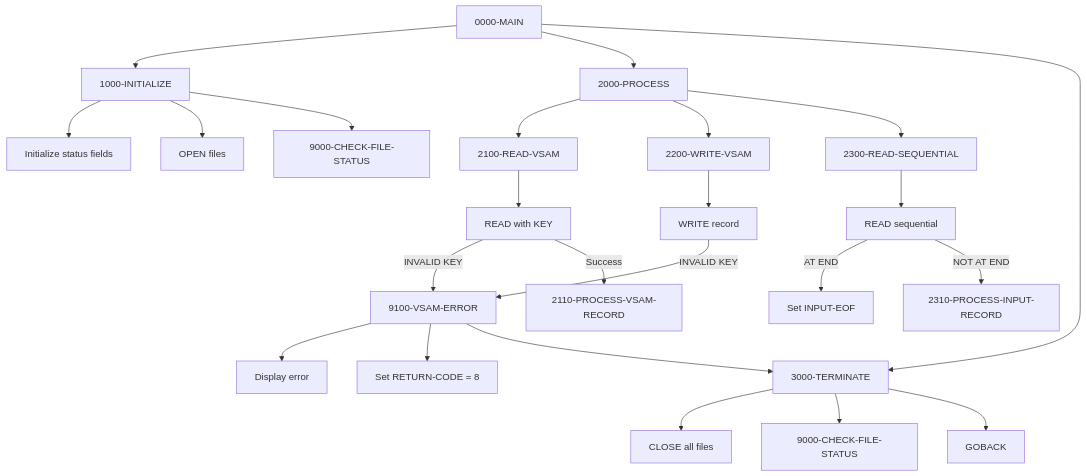
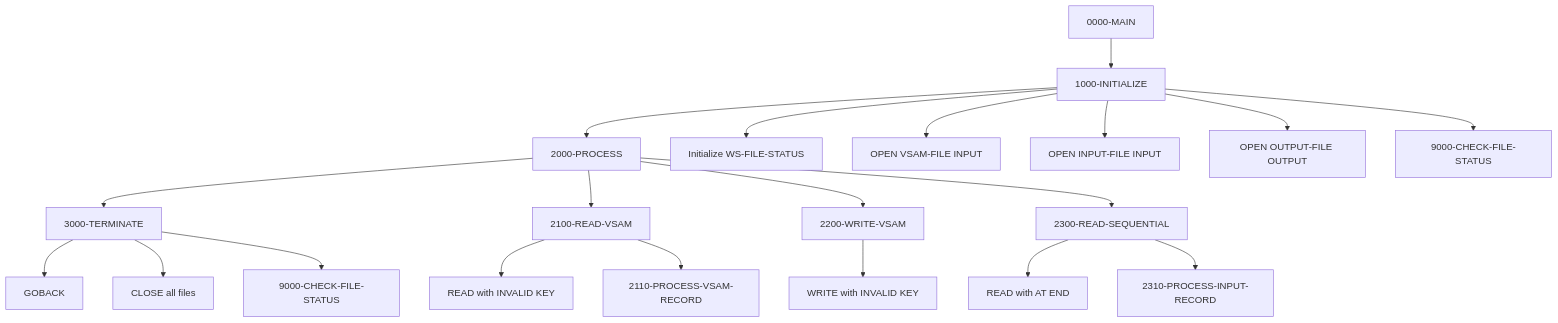
One commit to haladir-com/legacy-benchmark-docs-vb70e1 changed the first of 4 diagrams in docs/programs/FILE-HANDLING.mdx. Above: the diagram before and after it, drawn with Mermaid. The commit also changed other lines of this file and 64 other files, not shown here.

````diff
--- a/docs/programs/FILE-HANDLING.mdx
+++ b/docs/programs/FILE-HANDLING.mdx
@@ -20,32 +16,28 @@
 ```mermaid
 graph TD
     A[0000-MAIN] --> B[1000-INITIALIZE]
-    B --> B1[Initialize status fields]
-    B --> B2[OPEN files]
-    B --> B3[9000-CHECK-FILE-STATUS]
+    B --> C[2000-PROCESS]
+    C --> D[3000-TERMINATE]
+    D --> E[GOBACK]
     
-    A --> C[2000-PROCESS]
-    C --> D[2100-READ-VSAM]
-    C --> E[2200-WRITE-VSAM]
-    C --> F[2300-READ-SEQUENTIAL]
+    B --> B1[Initialize WS-FILE-STATUS]
+    B --> B2[OPEN VSAM-FILE INPUT]
+    B --> B3[OPEN INPUT-FILE INPUT]
+    B --> B4[OPEN OUTPUT-FILE OUTPUT]
+    B --> B5[9000-CHECK-FILE-STATUS]
     
-    D --> D1[READ with KEY]
-    D1 -->|INVALID KEY| G[9100-VSAM-ERROR]
-    D1 -->|Success| D2[2110-PROCESS-VSAM-RECORD]
+    C --> C1[2100-READ-VSAM]
+    C --> C2[2200-WRITE-VSAM]
+    C --> C3[2300-READ-SEQUENTIAL]
     
-    E --> E1[WRITE record]
-    E1 -->|INVALID KEY| G
+    C1 --> C1A[READ with INVALID KEY]
+    C1 --> C1B[2110-PROCESS-VSAM-RECORD]
     
-    F --> F1[READ sequential]
-    F1 -->|AT END| F2[Set INPUT-EOF]
-    F1 -->|NOT AT END| F3[2310-PROCESS-INPUT-RECORD]
+    C2 --> C2A[WRITE with INVALID KEY]
     
-    A --> H[3000-TERMINATE]
-    H --> H1[CLOSE all files]
-    H --> H2[9000-CHECK-FILE-STATUS]
-    H --> I[GOBACK]
+    C3 --> C3A[READ with AT END]
+    C3 --> C3B[2310-PROCESS-INPUT-RECORD]
     
-    G --> G1[Display error]
-    G --> G2[Set RETURN-CODE = 8]
-    G --> H
+    D --> D1[CLOSE all files]
+    D --> D2[9000-CHECK-FILE-STATUS]
 ```
````
